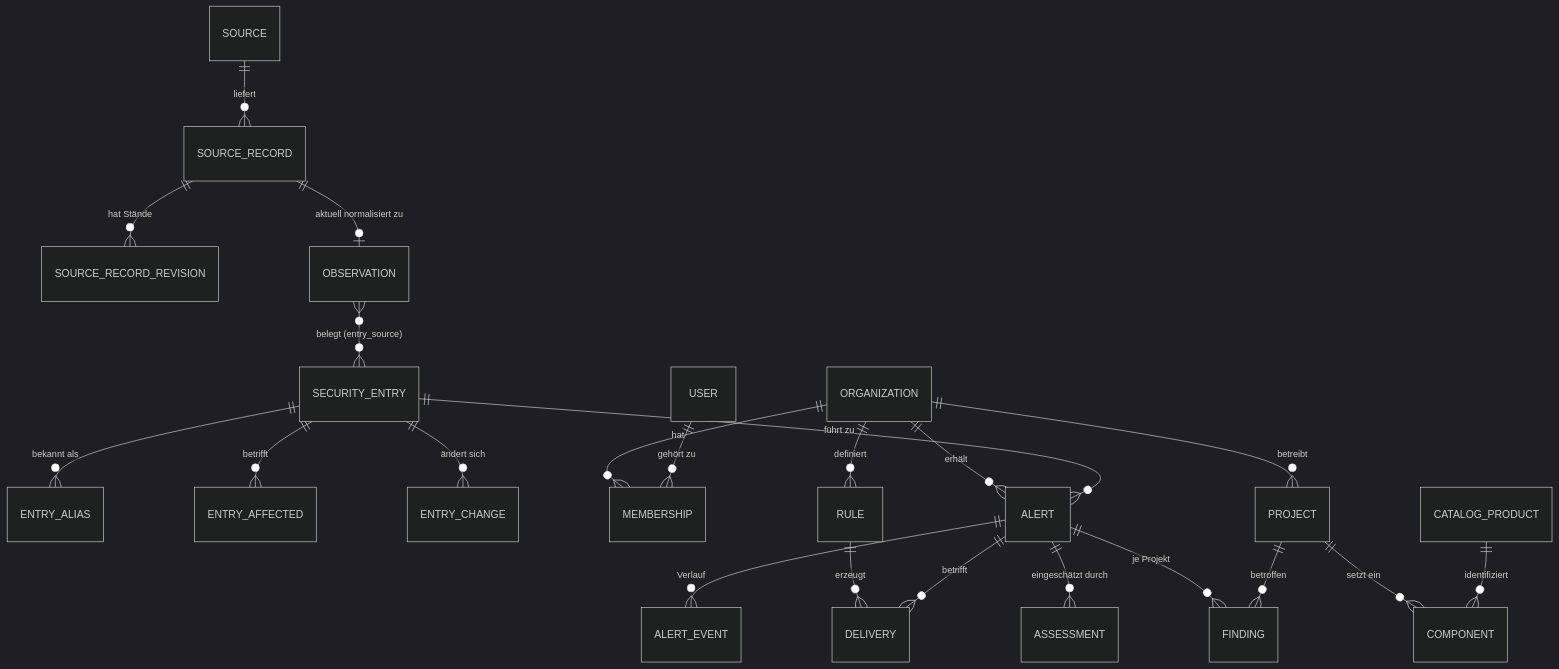
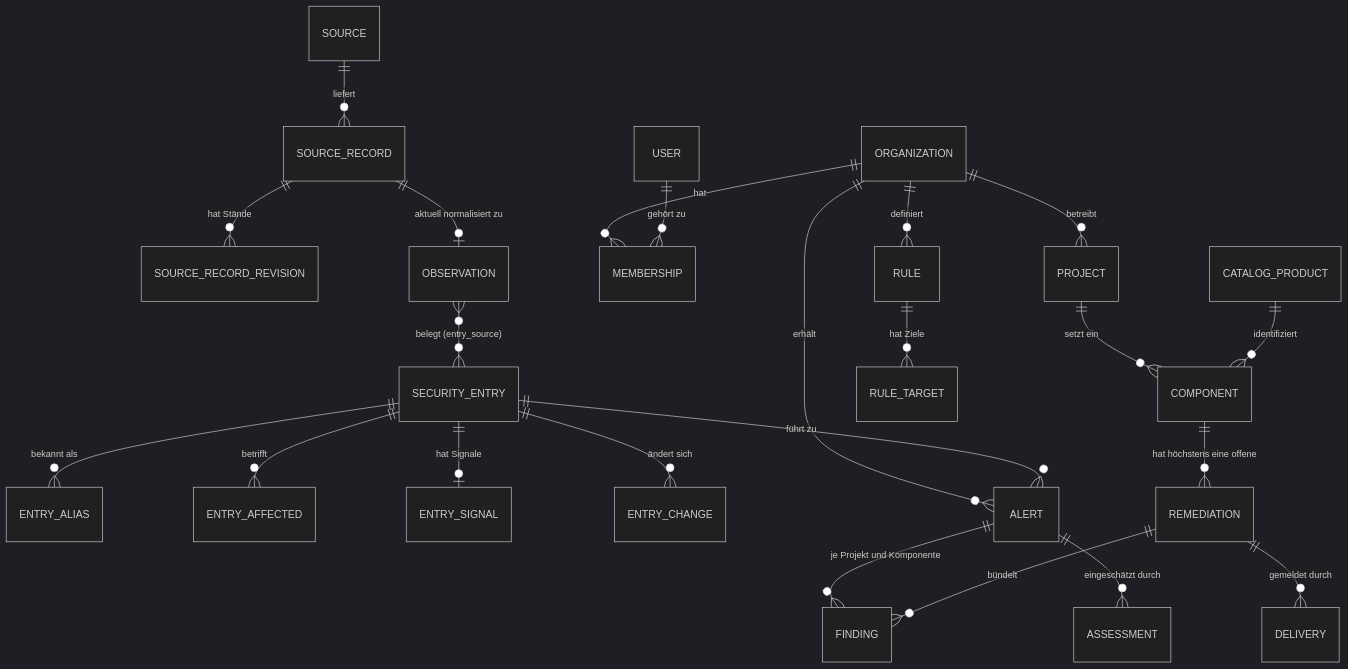
The diagram in docs/masterplan/04-datenmodell.md (NicoM77/Ardea), drawn with Mermaid (dark theme) before and after one commit. The commit also changed other lines of this file and 23 other files, not shown here.

````diff
--- a/docs/masterplan/04-datenmodell.md
+++ b/docs/masterplan/04-datenmodell.md
@@ -16,27 +19,28 @@
 ```mermaid
 erDiagram
   SOURCE ||--o{ SOURCE_RECORD : liefert
   SOURCE_RECORD ||--o{ SOURCE_RECORD_REVISION : "hat Stände"
   SOURCE_RECORD ||--o| OBSERVATION : "aktuell normalisiert zu"
   OBSERVATION }o--o{ SECURITY_ENTRY : "belegt (entry_source)"
   SECURITY_ENTRY ||--o{ ENTRY_ALIAS : "bekannt als"
   SECURITY_ENTRY ||--o{ ENTRY_AFFECTED : betrifft
+  SECURITY_ENTRY ||--o| ENTRY_SIGNAL : "hat Signale"
   SECURITY_ENTRY ||--o{ ENTRY_CHANGE : "ändert sich"
 
   ORGANIZATION ||--o{ MEMBERSHIP : hat
   USER ||--o{ MEMBERSHIP : "gehört zu"
   ORGANIZATION ||--o{ PROJECT : betreibt
   PROJECT ||--o{ COMPONENT : "setzt ein"
-  CATALOG_PRODUCT ||--o{ COMPONENT : "identifiziert"
+  CATALOG_PRODUCT ||--o{ COMPONENT : identifiziert
 
   ORGANIZATION ||--o{ ALERT : erhält
   SECURITY_ENTRY ||--o{ ALERT : "führt zu"
-  ALERT ||--o{ FINDING : "je Projekt"
-  PROJECT ||--o{ FINDING : betroffen
+  ALERT ||--o{ FINDING : "je Projekt und Komponente"
+  COMPONENT ||--o{ REMEDIATION : "hat höchstens eine offene"
+  REMEDIATION ||--o{ FINDING : bündelt
   ALERT ||--o{ ASSESSMENT : "eingeschätzt durch"
-  ALERT ||--o{ ALERT_EVENT : Verlauf
 
   ORGANIZATION ||--o{ RULE : definiert
-  RULE ||--o{ DELIVERY : erzeugt
-  ALERT ||--o{ DELIVERY : "betrifft"
+  RULE ||--o{ RULE_TARGET : "hat Ziele"
+  REMEDIATION ||--o{ DELIVERY : "gemeldet durch"
 ```
````
